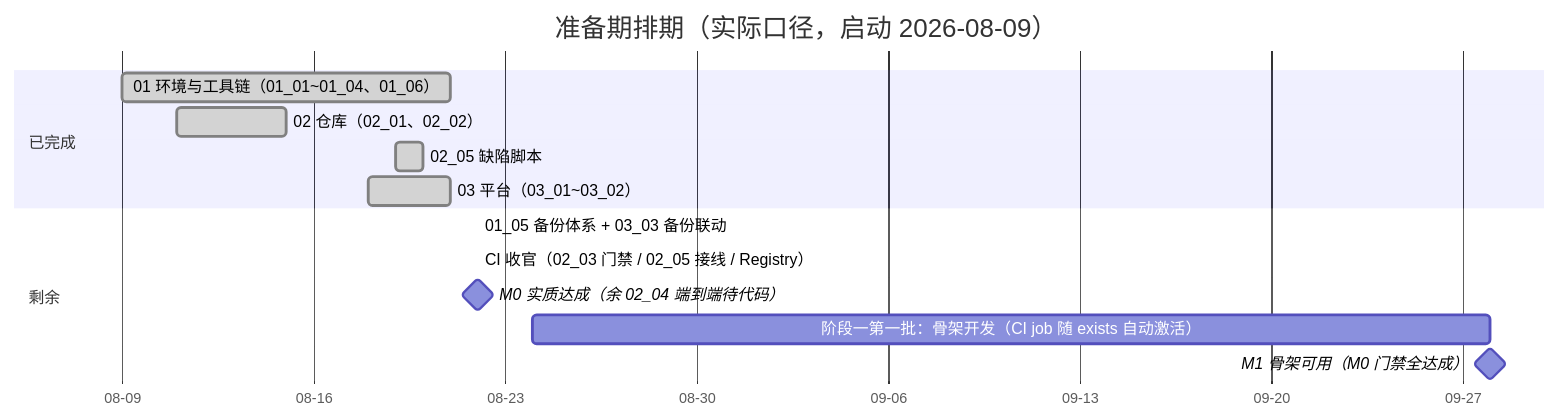
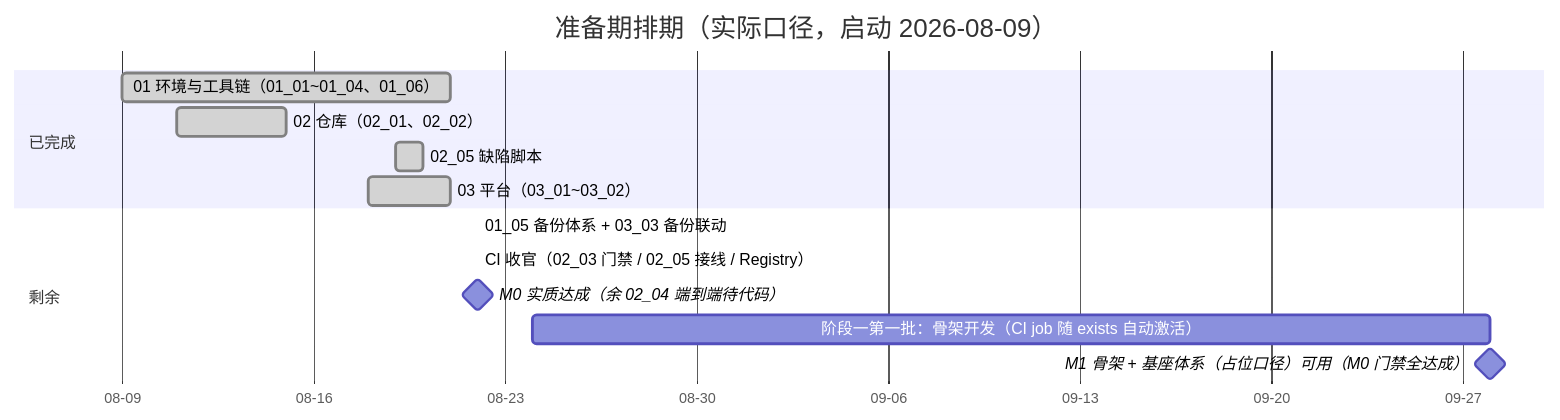
One commit to minjian123/basic-management-system changed the diagram in bms文档/项目/00_准备期/计划/01_计划_准备期.md. Above: the diagram before and after it, drawn with Mermaid. The commit also changed other lines of this file and 43 other files, not shown here.

````diff
--- a/bms文档/项目/00_准备期/计划/01_计划_准备期.md
+++ b/bms文档/项目/00_准备期/计划/01_计划_准备期.md
@@ -47,17 +47,17 @@
 ```mermaid
 gantt
     title 准备期排期（实际口径，启动 2026-08-09）
     dateFormat YYYY-MM-DD
     axisFormat %m-%d
     section 已完成
     01 环境与工具链（01_01~01_04、01_06） :done, t01, 2026-08-09, 2026-08-21
     02 仓库（02_01、02_02） :done, t02, 2026-08-11, 2026-08-15
     02_05 缺陷脚本 :done, t02b, 2026-08-19, 1d
     03 平台（03_01~03_02） :done, t03, 2026-08-18, 2026-08-21
     section 剩余
     01_05 备份体系 + 03_03 备份联动 :done, t04, 2026-08-22, 2026-08-22
     CI 收官（02_03 门禁 / 02_05 接线 / Registry） :done, t05, 2026-08-22, 2026-08-22
     M0 实质达成（余 02_04 端到端待代码） :milestone, m0, 2026-08-22, 0d
     阶段一第一批：骨架开发（CI job 随 exists 自动激活） :t06, 2026-08-24, 2026-09-28
-    M1 骨架可用（M0 门禁全达成） :milestone, m1, 2026-09-28, 0d
+    M1 骨架 + 基座体系（占位口径）可用（M0 门禁全达成） :milestone, m1, 2026-09-28, 0d
 ```
````
